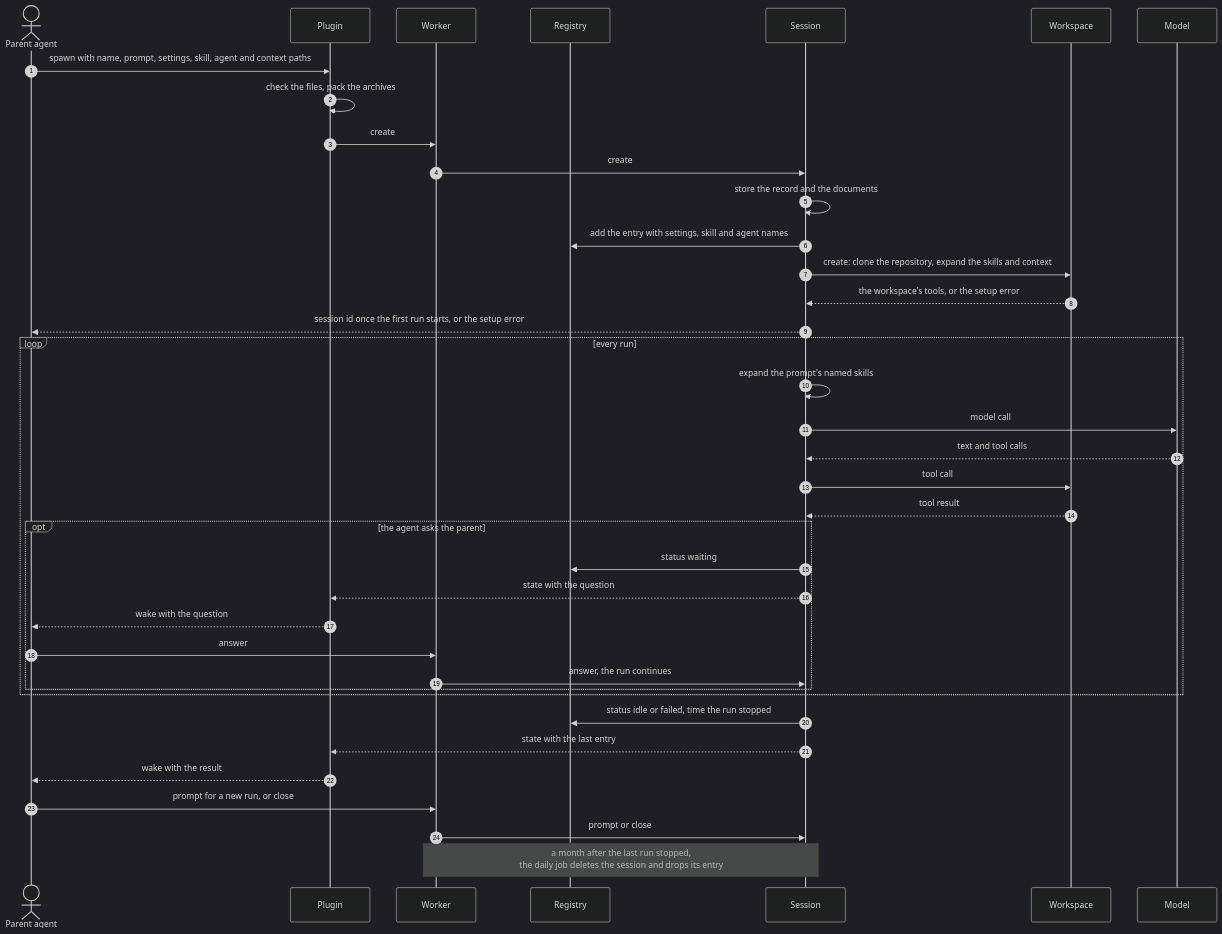
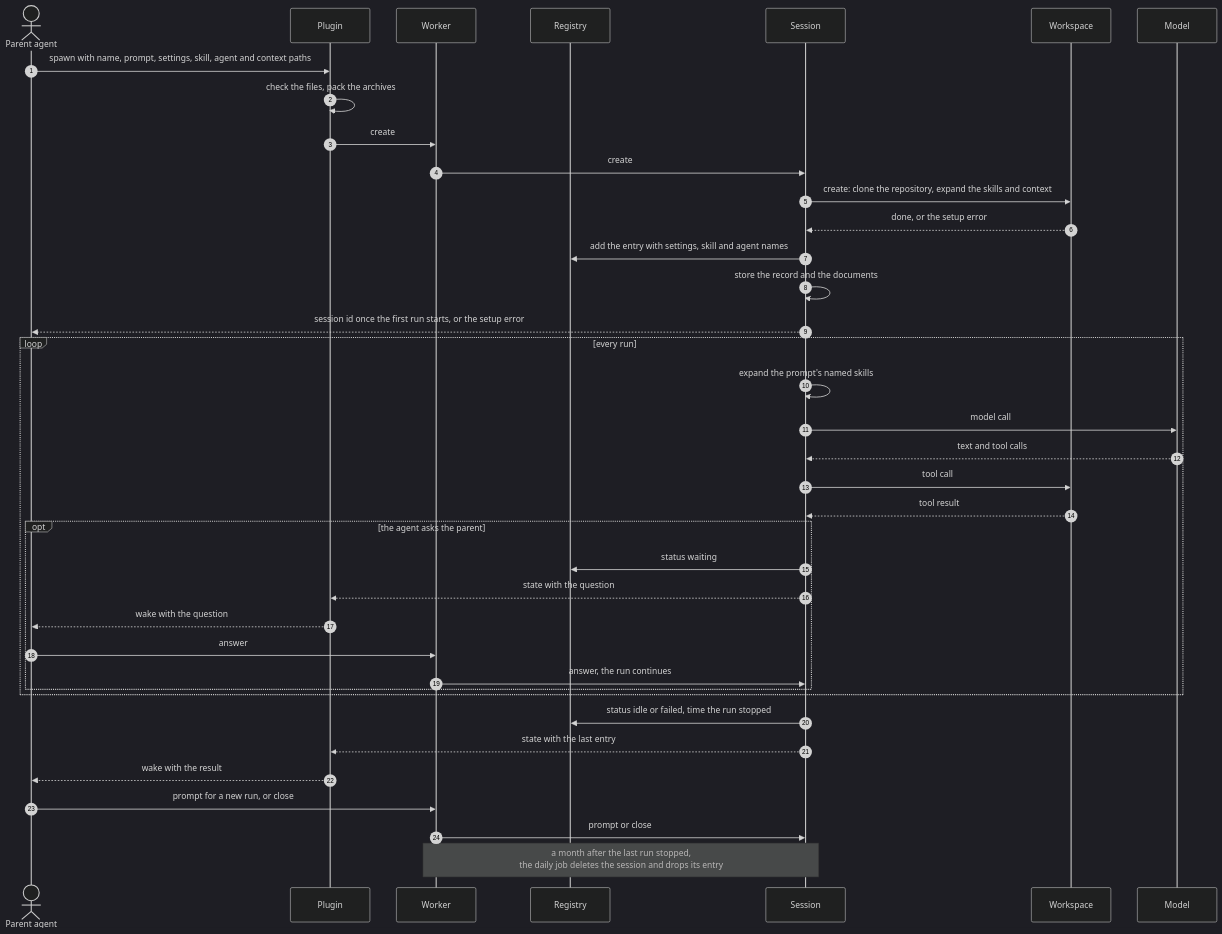
The first of 8 diagrams in docs/technical-design/sessions.md (asermax/tentacles), drawn with Mermaid (dark theme) before and after one commit. The commit also changed other lines of this file and 9 other files, not shown here.

````diff
--- a/docs/technical-design/sessions.md
+++ b/docs/technical-design/sessions.md
@@ -15,40 +15,40 @@
 ```mermaid
 sequenceDiagram
     autonumber
     actor P as Parent agent
     participant H as Plugin
     participant W as Worker
     participant R as Registry
     participant S as Session
     participant Ws as Workspace
     participant M as Model
     P->>H: spawn with name, prompt, settings, skill, agent and context paths
     H->>H: check the files, pack the archives
     H->>W: create
     W->>S: create
+    S->>Ws: create: clone the repository, expand the skills and context
+    Ws-->>S: done, or the setup error
+    S->>R: add the entry with settings, skill and agent names
     S->>S: store the record and the documents
-    S->>R: add the entry with settings, skill and agent names
-    S->>Ws: create: clone the repository, expand the skills and context
-    Ws-->>S: the workspace's tools, or the setup error
     S-->>P: session id once the first run starts, or the setup error
     loop every run
         S->>S: expand the prompt's named skills
         S->>M: model call
         M-->>S: text and tool calls
         S->>Ws: tool call
         Ws-->>S: tool result
         opt the agent asks the parent
             S->>R: status waiting
             S-->>H: state with the question
             H-->>P: wake with the question
             P->>W: answer
             W->>S: answer, the run continues
         end
     end
     S->>R: status idle or failed, time the run stopped
     S-->>H: state with the last entry
     H-->>P: wake with the result
     P->>W: prompt for a new run, or close
     W->>S: prompt or close
     Note over W,S: a month after the last run stopped,<br/>the daily job deletes the session and drops its entry
 ```
````
